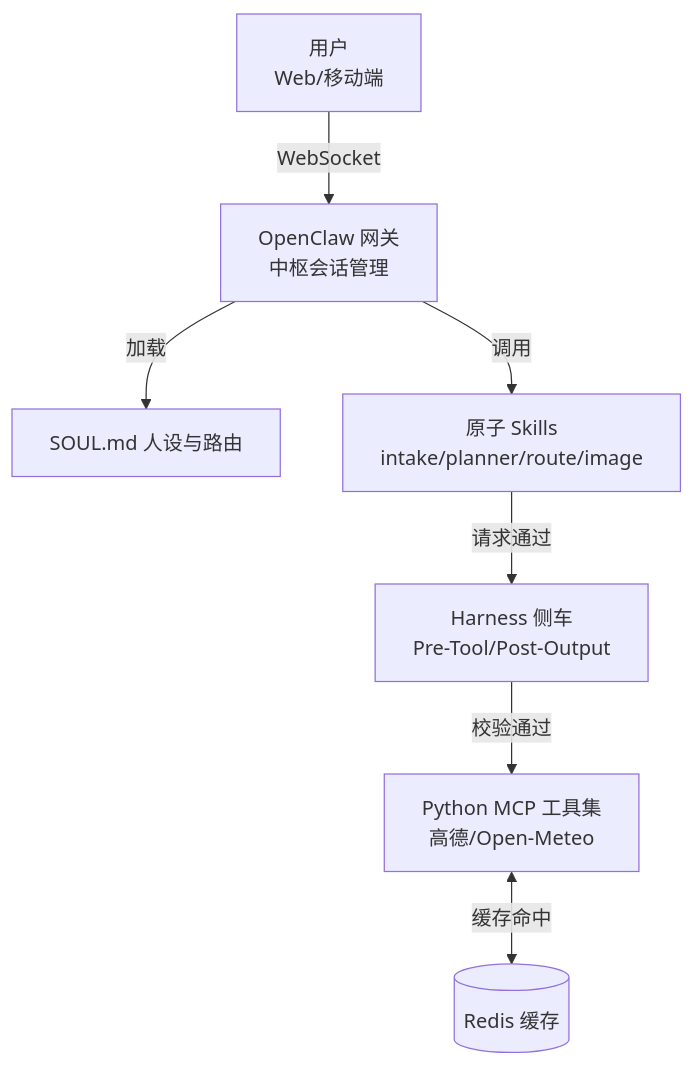
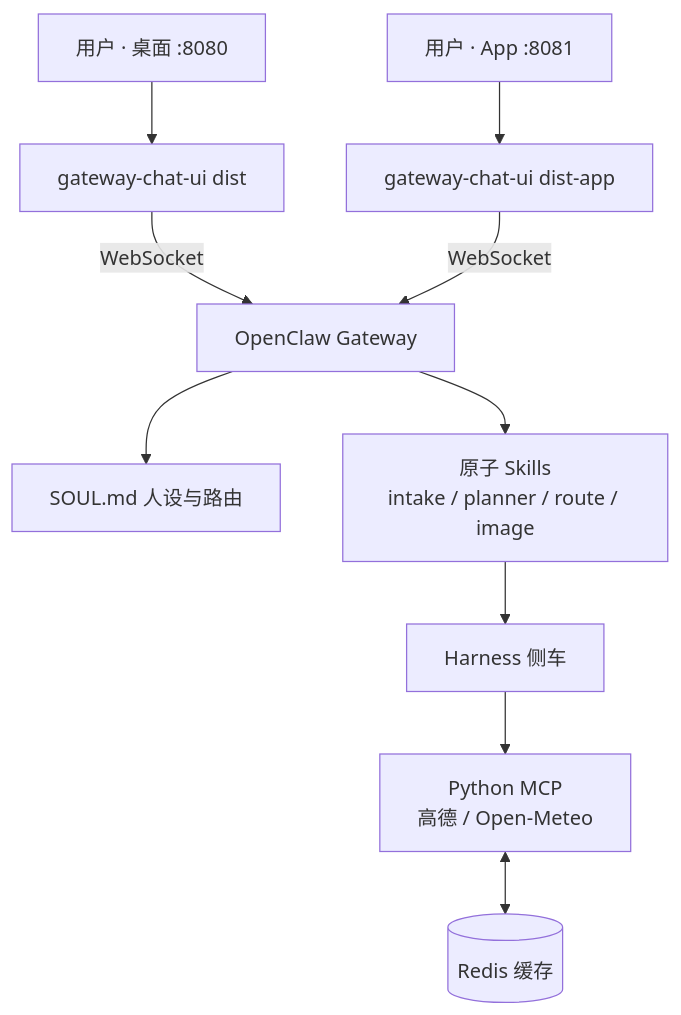
The diagram in 产品设计思路.md (Matilda-Grifin/meituanhackathon), drawn with Mermaid before and after one commit. The commit also changed other lines of this file and 82 other files, not shown here.

````diff
--- a/产品设计思路.md
+++ b/产品设计思路.md
@@ -103,17 +298,23 @@
 ```mermaid
 flowchart TD
-    User[用户<br/>Web/移动端]
-    Gateway[OpenClaw 网关<br/>中枢会话管理]
+    UserWeb[用户 · 桌面 :8080]
+    UserApp[用户 · App :8081]
+    Gateway[OpenClaw Gateway]
     SOUL[SOUL.md 人设与路由]
-    Skills[原子 Skills<br/>intake/planner/route/image]
-    Harness[Harness 侧车<br/>Pre-Tool/Post-Output]
-    MCP[Python MCP 工具集<br/>高德/Open-Meteo]
+    Skills[原子 Skills<br/>intake / planner / route / image]
+    Harness[Harness 侧车]
+    MCP[Python MCP<br/>高德 / Open-Meteo]
     Redis[(Redis 缓存)]
+    UIWeb[gateway-chat-ui dist]
+    UIApp[gateway-chat-ui dist-app]
 
-    User -->|WebSocket| Gateway
-    Gateway -->|加载| SOUL
-    Gateway -->|调用| Skills
-    Skills -->|请求通过| Harness
-    Harness -->|校验通过| MCP
-    MCP <-->|缓存命中| Redis
+    UserWeb --> UIWeb
+    UserApp --> UIApp
+    UIWeb -->|WebSocket| Gateway
+    UIApp -->|WebSocket| Gateway
+    Gateway --> SOUL
+    Gateway --> Skills
+    Skills --> Harness
+    Harness --> MCP
+    MCP <--> Redis
 ```
````
